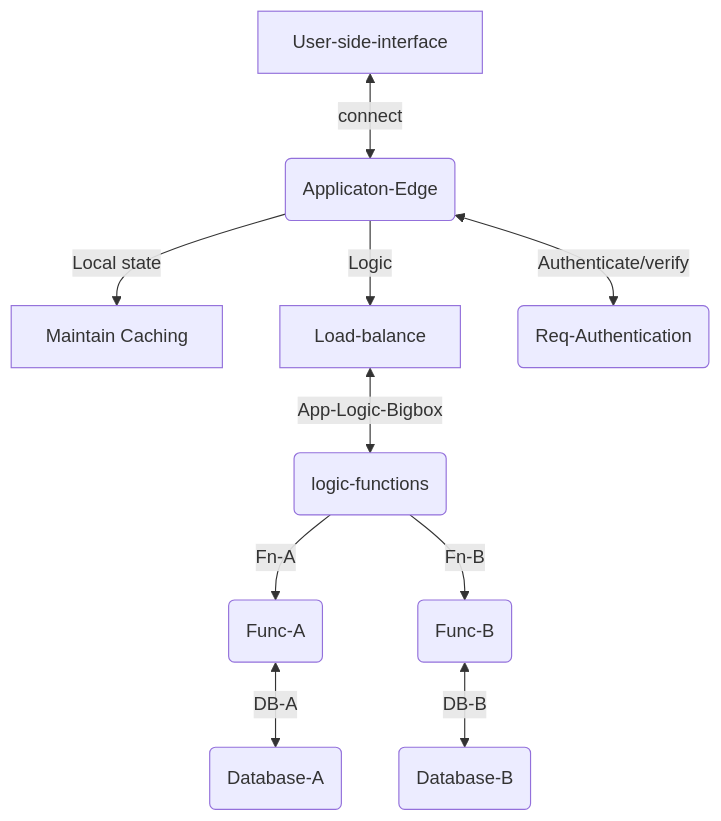
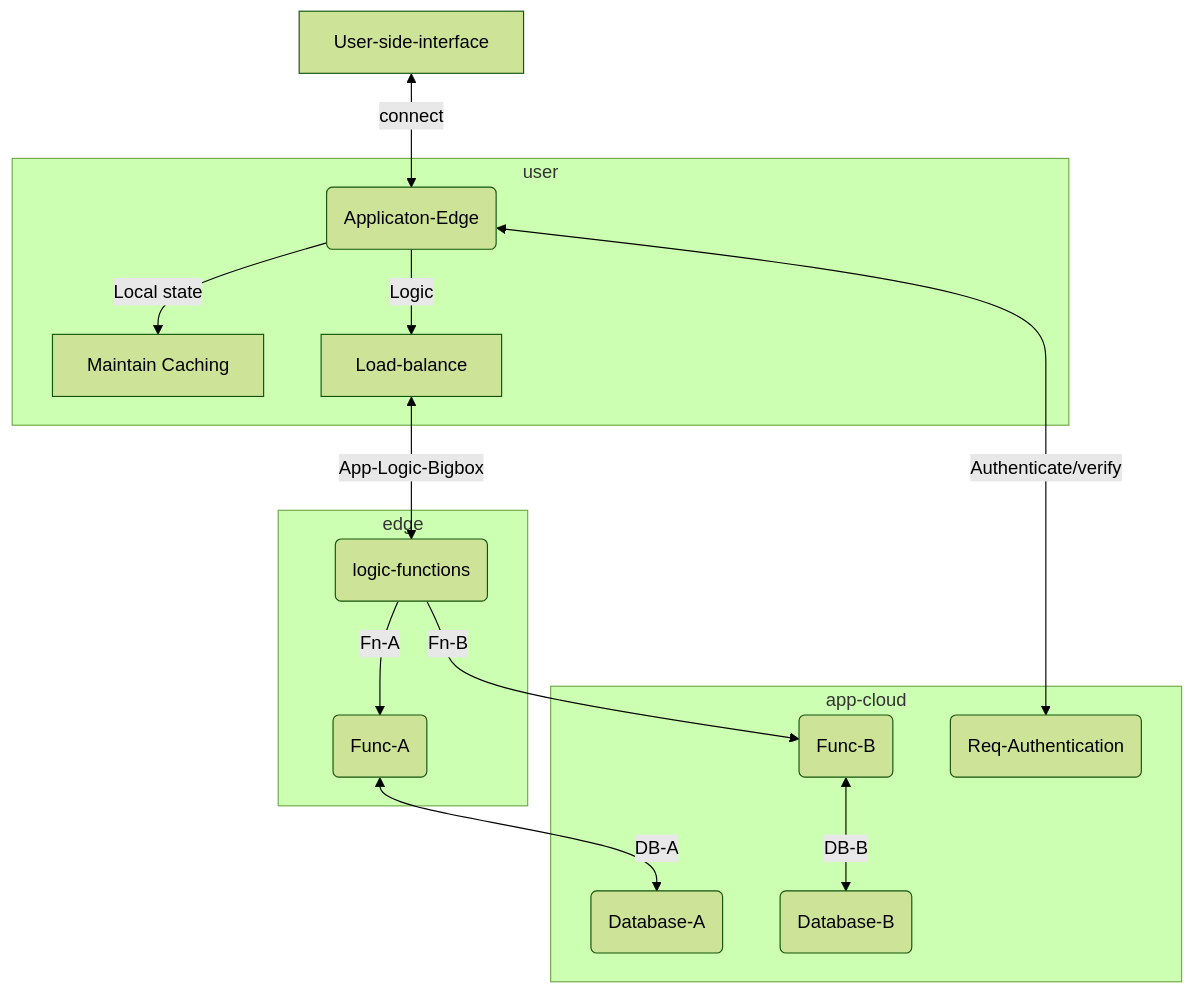
Before and after one commit to kiranmak/sysarch: the diagram in _posts/2023-12-17-roadmap.md, drawn with Mermaid. The commit also changed 4 other files, not shown here.

````diff
--- a/_posts/2023-12-17-roadmap.md
+++ b/_posts/2023-12-17-roadmap.md
@@ -15,12 +16,20 @@
-```mermaid
-flowchart TD
+<div class="mermaid">
+%%{init:{'theme':'forest'}}%%
+
+flowchart TB
     A[User-side-interface] <-->| connect| B(Applicaton-Edge)
+  subgraph user
     B -->|Local state| D[Maintain Caching]
     B -->|Logic| E[Load-balance]
+  end
+  subgraph edge
     E <-->|App-Logic-Bigbox| F(logic-functions)
     F--> | Fn-A| G(Func-A)
+  end
+  subgraph app-cloud
     B<--> |Authenticate/verify| C(Req-Authentication)
     F--> | Fn-B| H(Func-B)
     G<--> | DB-A| I(Database-A)
     H<--> | DB-B| J(Database-B)
-```
+  end
+</div>
````
